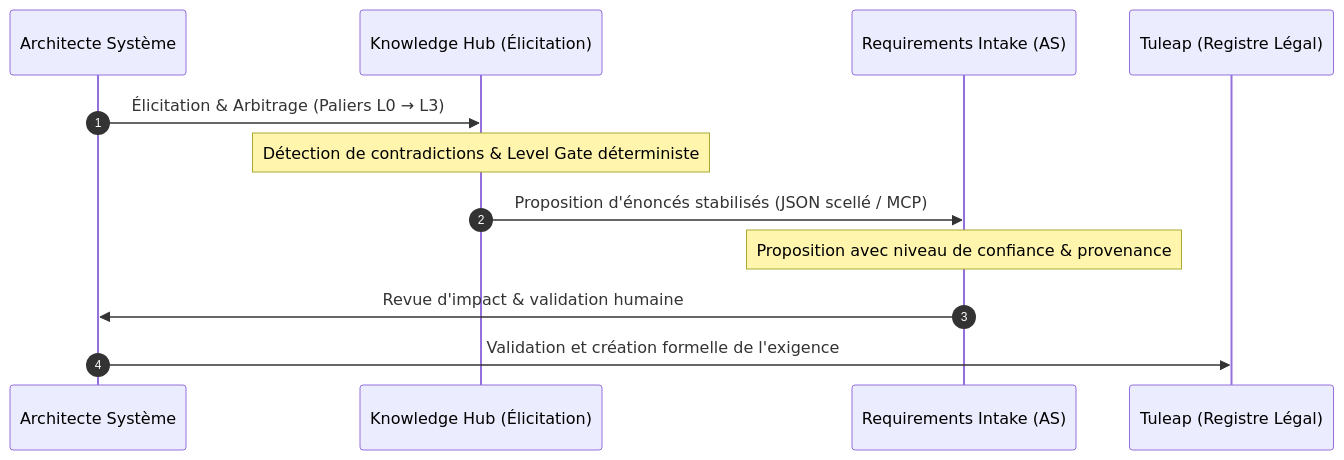
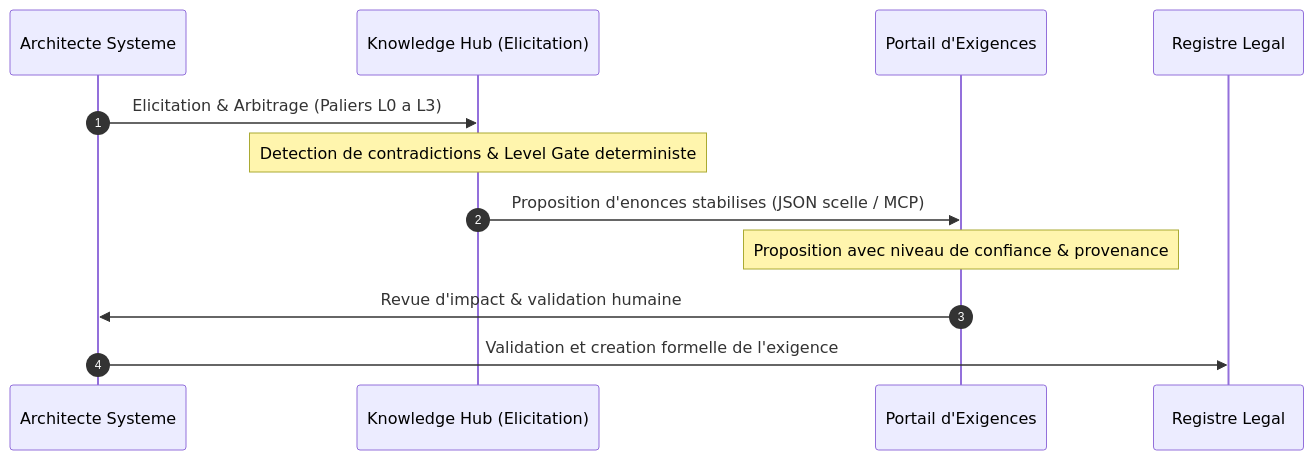
Before and after one commit to MauriceIsrael/LLMOps: the diagram in docs/EPISTEMIC-ALIGNMENT.md, drawn with Mermaid. The commit also changed other lines of this file and 12 other files, not shown here.

First line of the commit message:
docs: remove client refs, fix Mermaid + GitHub workflows

````diff
--- a/docs/EPISTEMIC-ALIGNMENT.md
+++ b/docs/EPISTEMIC-ALIGNMENT.md
@@ -49,15 +49,15 @@
 ```mermaid
 sequenceDiagram
     autonumber
-    participant Architect as Architecte Système
-    participant KH as Knowledge Hub (Élicitation)
-    participant Intake as Requirements Intake (AS)
-    participant Tuleap as Tuleap (Registre Légal)
+    participant Architect as Architecte Systeme
+    participant KH as Knowledge Hub (Elicitation)
+    participant Intake as Portail d'Exigences
+    participant Registry as Registre Legal
 
-    Architect->>KH: Élicitation & Arbitrage (Paliers L0 → L3)
-    Note over KH: Détection de contradictions & Level Gate déterministe
-    KH->>Intake: Proposition d'énoncés stabilisés (JSON scellé / MCP)
+    Architect->>KH: Elicitation & Arbitrage (Paliers L0 a L3)
+    Note over KH: Detection de contradictions & Level Gate deterministe
+    KH->>Intake: Proposition d'enonces stabilises (JSON scelle / MCP)
     Note over Intake: Proposition avec niveau de confiance & provenance
     Intake->>Architect: Revue d'impact & validation humaine
-    Architect->>Tuleap: Validation et création formelle de l'exigence
+    Architect->>Registry: Validation et creation formelle de l'exigence
 ```
````
